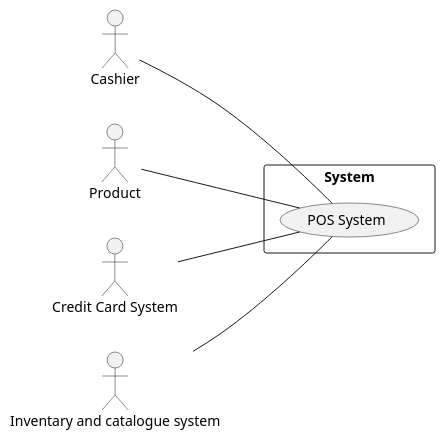
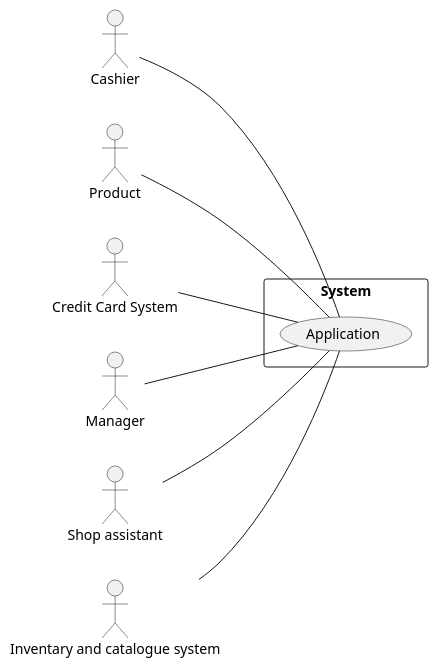
One commit to marco-ballario/EzShop changed the diagram in Deliverables/RequirementsDocument.md. Above: the diagram before and after it, drawn with PlantUML.

Commit message:
docs: add more context diagram actors

````diff
--- a/Deliverables/RequirementsDocument.md
+++ b/Deliverables/RequirementsDocument.md
@@ -61,14 +61,18 @@
 ```plantuml
 left to right direction
 actor "Cashier" as C
 actor "Product" as P
 actor "Credit Card System" as CCS
+actor "Manager" as M
+actor "Shop assistant" as SA
 actor "Inventary and catalogue system" as IACS
 rectangle System{
-  usecase "POS System" as SW
+  usecase "Application" as SW
 }
 C -- SW
 P -- SW
 CCS -- SW
 IACS -- SW
+M -- SW
+SA -- SW
 ```
````
